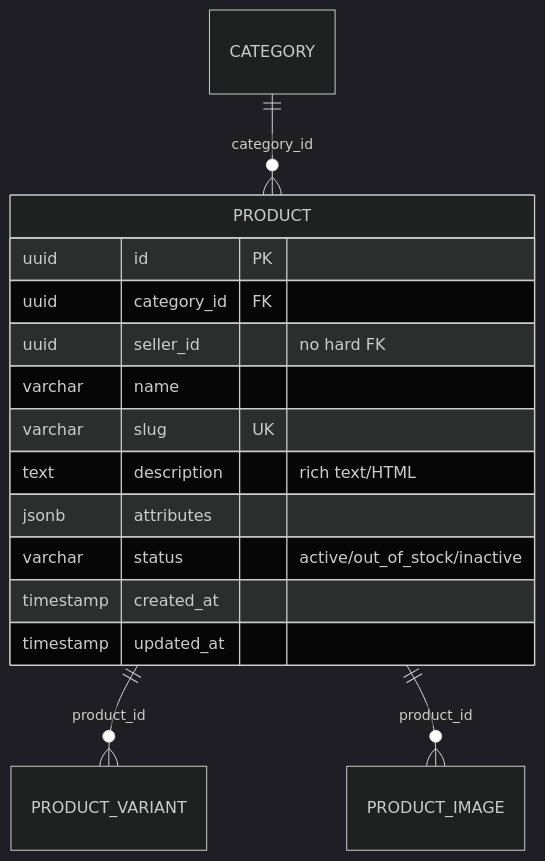
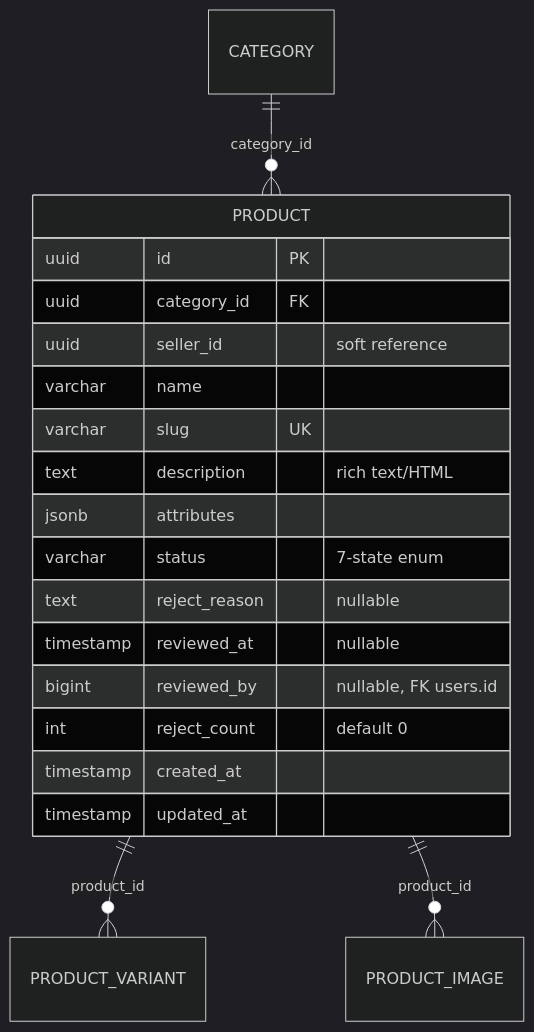
One commit to ldqanh1408/stealing-from-paradise changed the diagram in documents/data-models/product-service/entity-product.md. Above: the diagram before and after it, drawn with Mermaid (dark theme). The commit also changed other lines of this file and 97 other files, not shown here.

Commit message:
chore: update documentation for identity and product services, including new API endpoints and architectural details

````diff
--- a/documents/data-models/product-service/entity-product.md
+++ b/documents/data-models/product-service/entity-product.md
@@ -11,19 +13,23 @@
 ```mermaid
 erDiagram
     CATEGORY ||--o{ PRODUCT : "category_id"
     PRODUCT ||--o{ PRODUCT_VARIANT : "product_id"
     PRODUCT ||--o{ PRODUCT_IMAGE : "product_id"
 
     PRODUCT {
         uuid id PK
         uuid category_id FK
-        uuid seller_id "no hard FK"
+        uuid seller_id "soft reference"
         varchar name
         varchar slug UK
         text description "rich text/HTML"
         jsonb attributes
-        varchar status "active/out_of_stock/inactive"
+        varchar status "7-state enum"
+        text reject_reason "nullable"
+        timestamp reviewed_at "nullable"
+        bigint reviewed_by "nullable, FK users.id"
+        int reject_count "default 0"
         timestamp created_at
         timestamp updated_at
     }
 ```
````
